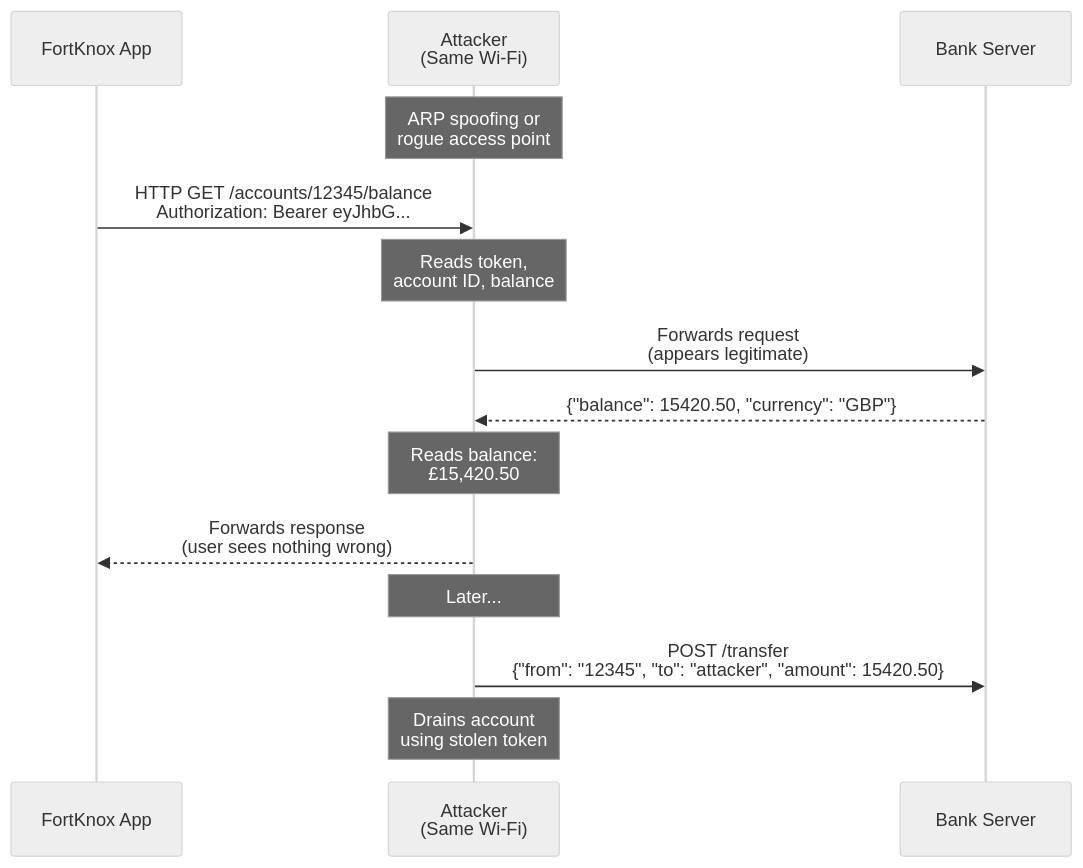
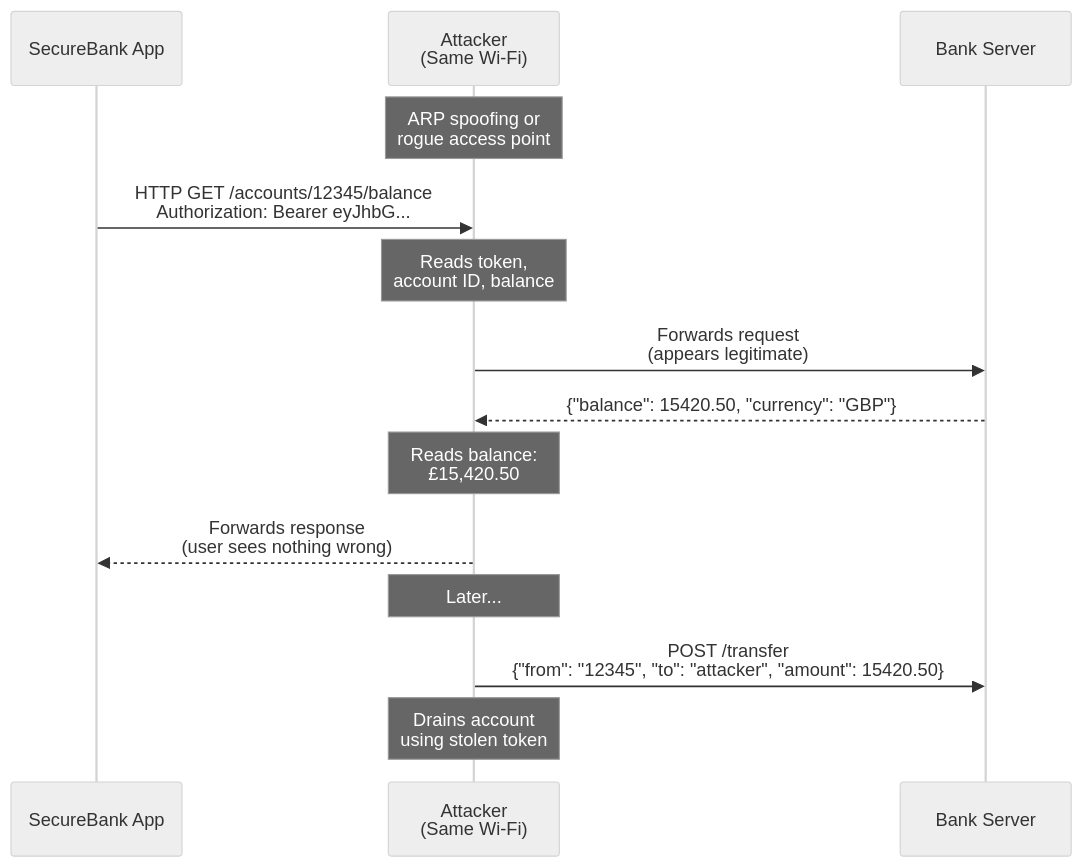
Before and after one commit to team360r/SecureBank: the first of 2 diagrams in docs-site/docs/chapters/03-encrypted-channels/index.mdx, drawn with Mermaid (neutral theme). The commit also changed other lines of this file and 37 other files, not shown here.

First line of the commit message:
refactor: rename project from FortKnox to SecureBank

````diff
--- a/docs-site/docs/chapters/03-encrypted-channels/index.mdx
+++ b/docs-site/docs/chapters/03-encrypted-channels/index.mdx
@@ -67,22 +67,22 @@
 ```mermaid
 sequenceDiagram
-    participant App as FortKnox App
+    participant App as SecureBank App
     participant Attacker as Attacker<br/>(Same Wi-Fi)
     participant Server as Bank Server
 
     Note over Attacker: ARP spoofing or<br/>rogue access point
 
     App->>Attacker: HTTP GET /accounts/12345/balance<br/>Authorization: Bearer eyJhbG...
     Note over Attacker: Reads token,<br/>account ID, balance
 
     Attacker->>Server: Forwards request<br/>(appears legitimate)
     Server-->>Attacker: {"balance": 15420.50, "currency": "GBP"}
     Note over Attacker: Reads balance:<br/>£15,420.50
 
     Attacker-->>App: Forwards response<br/>(user sees nothing wrong)
 
     Note over Attacker: Later...
 
     Attacker->>Server: POST /transfer<br/>{"from": "12345", "to": "attacker", "amount": 15420.50}
     Note over Attacker: Drains account<br/>using stolen token
 ```
````
